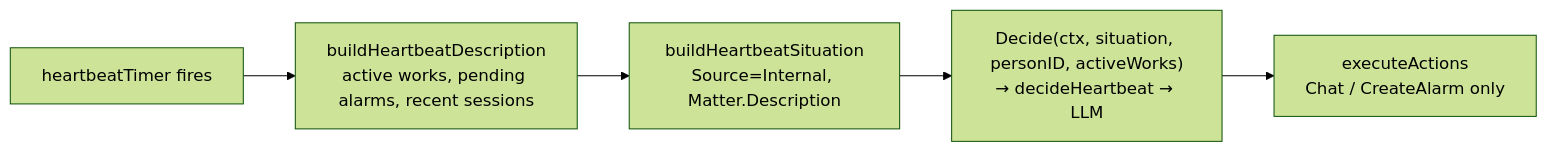
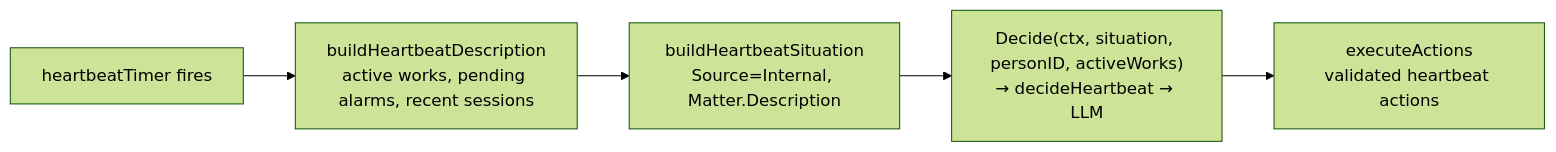
The eighth of 10 diagrams in doc/engineering_implements/agent-runtime-event-loop.md (KoanJan/qingqiu-world), drawn with Mermaid (forest theme) before and after one commit. The commit also changed other lines of this file and 145 other files, not shown here.

````diff
--- a/doc/engineering_implements/agent-runtime-event-loop.md
+++ b/doc/engineering_implements/agent-runtime-event-loop.md
@@ -421,7 +427,7 @@
 ```mermaid
 flowchart LR
     Timer["heartbeatTimer fires"] --> Observe["buildHeartbeatDescription<br/>active works, pending alarms, recent sessions"]
     Observe --> Situation["buildHeartbeatSituation<br/>Source=Internal, Matter.Description"]
     Situation --> Decide["Decide(ctx, situation, personID, activeWorks)<br/>→ decideHeartbeat → LLM"]
-    Decide --> Execute["executeActions<br/>Chat / CreateAlarm only"]
+    Decide --> Execute["executeActions<br/>validated heartbeat actions"]
 ```
````
